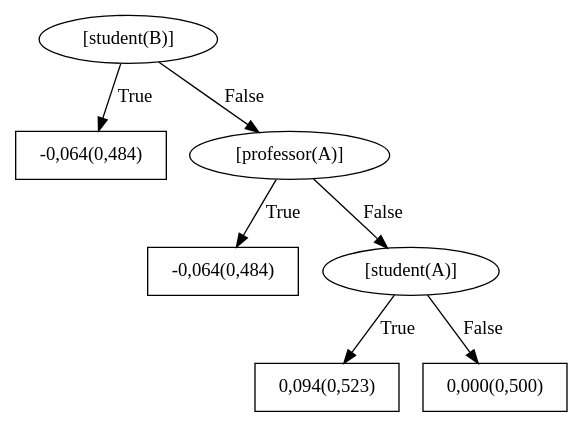
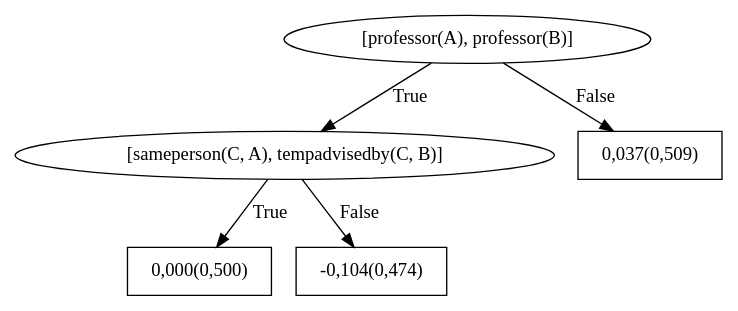
One commit to MeLLL-UFF/groot changed the diagram in boostsrl/train/models/bRDNs/dotFiles/WILLTreeFor_advisedby9.dot. Above: the diagram before and after it, drawn with Graphviz. The commit also changed 67 other files, not shown here.

```diff
--- a/boostsrl/train/models/bRDNs/dotFiles/WILLTreeFor_advisedby9.dot
+++ b/boostsrl/train/models/bRDNs/dotFiles/WILLTreeFor_advisedby9.dot
@@ -1,15 +1,11 @@
 digraph G{ 
-1[label = "[student(B)]"];
+1[label = "[professor(A), professor(B)]"];
 1 -> 2[label="True"];
 1 -> 3[label="False"];
-2[shape = box,label = "-0,064(0,484)"];
-3[label = "[professor(A)]"];
-3 -> 4[label="True"];
-3 -> 5[label="False"];
-4[shape = box,label = "-0,064(0,484)"];
-5[label = "[student(A)]"];
-5 -> 6[label="True"];
-5 -> 7[label="False"];
-6[shape = box,label = "0,094(0,523)"];
-7[shape = box,label = "0,000(0,500)"];
+2[label = "[sameperson(C, A), tempadvisedby(C, B)]"];
+2 -> 4[label="True"];
+2 -> 5[label="False"];
+4[shape = box,label = "0,000(0,500)"];
+5[shape = box,label = "-0,104(0,474)"];
+3[shape = box,label = "0,037(0,509)"];
 }
```
